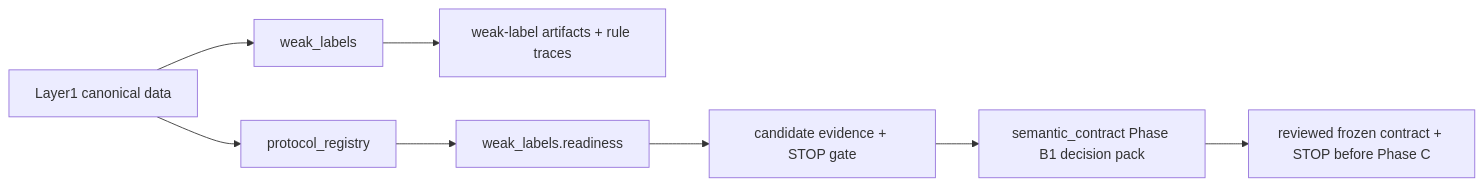
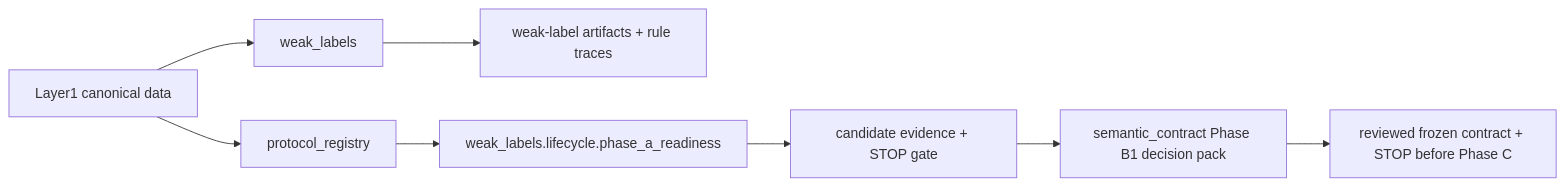
Before and after one commit to lawnguyenit/AgriFusion-IoT: the diagram in Backend/Benchmark/weak_labels/FLOW.md, drawn with Mermaid. The commit also changed other lines of this file and 120 other files, not shown here.

````diff
--- a/Backend/Benchmark/weak_labels/FLOW.md
+++ b/Backend/Benchmark/weak_labels/FLOW.md
@@ -5,10 +22,10 @@
 ```mermaid
 flowchart LR
     A["Layer1 canonical data"] --> B["weak_labels"]
     B --> C["weak-label artifacts + rule traces"]
     A --> D["protocol_registry"]
-    D --> E["weak_labels.readiness"]
+    D --> E["weak_labels.lifecycle.phase_a_readiness"]
     E --> F["candidate evidence + STOP gate"]
     F --> G["semantic_contract Phase B1 decision pack"]
     G --> H["reviewed frozen contract + STOP before Phase C"]
 ```
````
